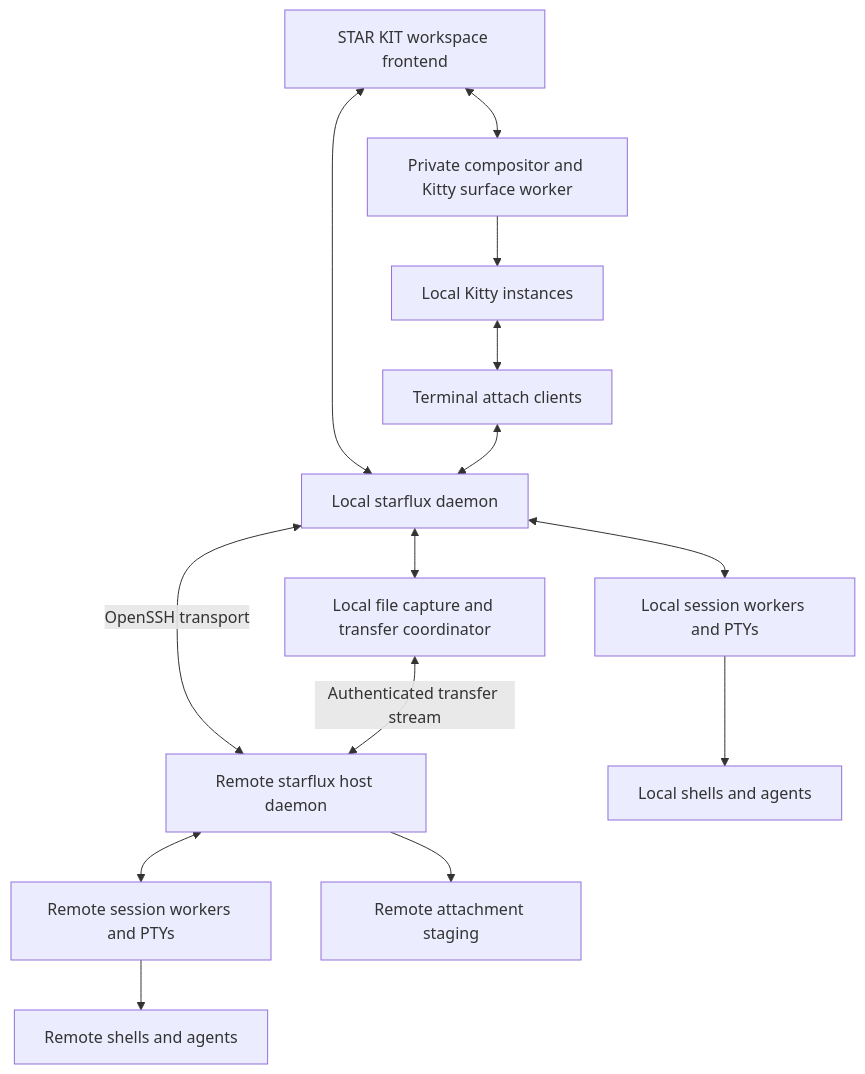
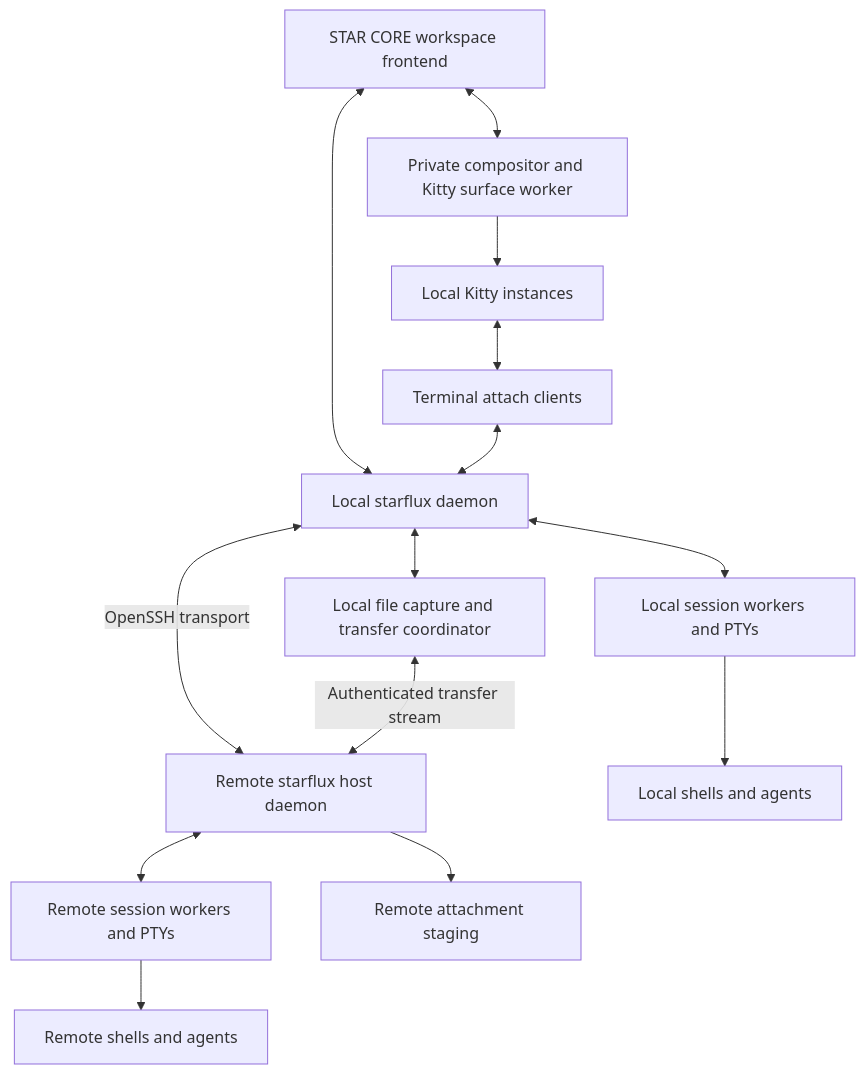
Before and after one commit to bstar/starflux: the diagram in docs/plan.md, drawn with Mermaid. The commit also changed other lines of this file and 85 other files, not shown here.

First line of the commit message:
Rename STAR/KIT to STAR/CORE and take starcore v0.25.0

````diff
--- a/docs/plan.md
+++ b/docs/plan.md
@@ -92,16 +92,16 @@
 ```mermaid
 flowchart TD
-    UI[STAR KIT workspace frontend] <--> D[Local starflux daemon]
+    UI[STAR CORE workspace frontend] <--> D[Local starflux daemon]
     UI <--> C[Private compositor and Kitty surface worker]
     C --> K[Local Kitty instances]
     K <--> A[Terminal attach clients]
     A <--> D
     D <--> L[Local session workers and PTYs]
     D <-->|OpenSSH transport| R[Remote starflux host daemon]
     R <--> W[Remote session workers and PTYs]
     L --> LA[Local shells and agents]
     W --> RA[Remote shells and agents]
     D <--> F[Local file capture and transfer coordinator]
     F <-->|Authenticated transfer stream| R
     R --> S[Remote attachment staging]
 ```
````
